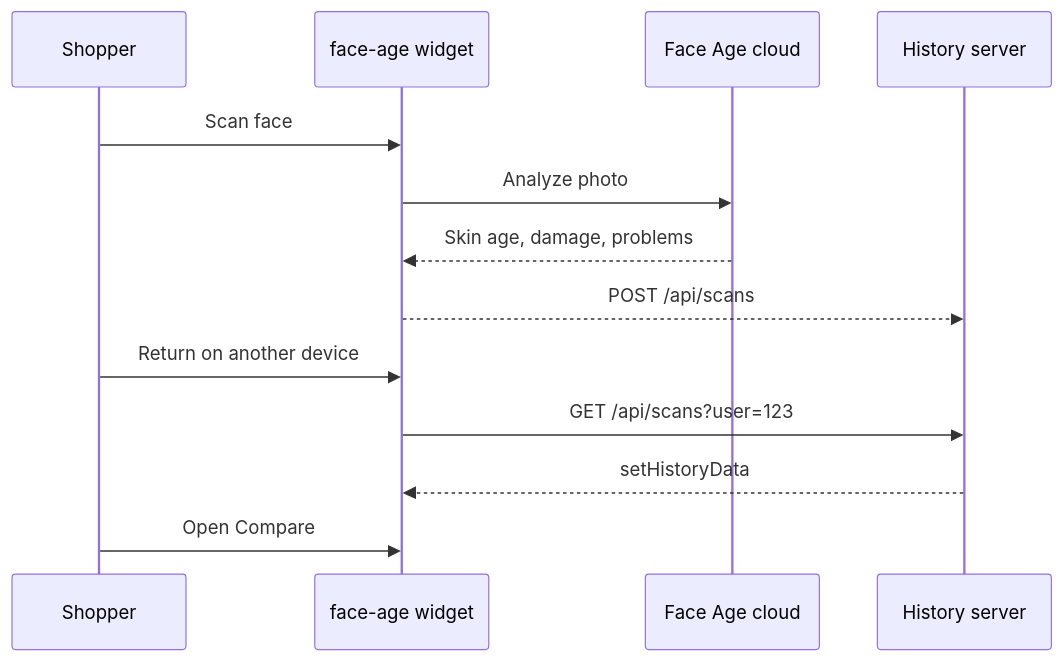
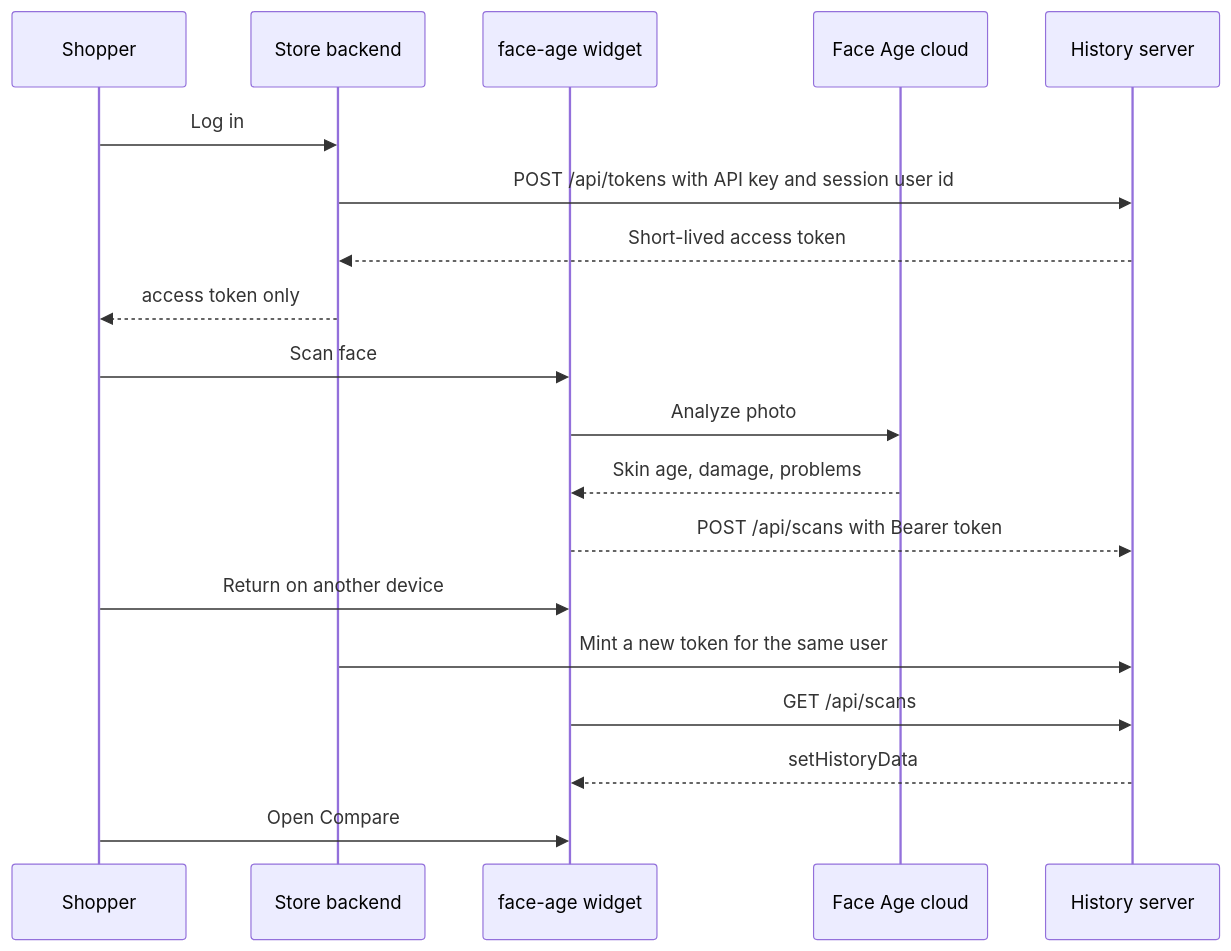
Before and after one commit to miladmostafa/face-age-history-server: the diagram in README.md, drawn with Mermaid. The commit also changed other lines of this file and 14 other files, not shown here.

First line of the commit message:
Keep the API key on the server and scope browser calls to per-user tokens.

````diff
--- a/README.md
+++ b/README.md
@@ -36,15 +36,21 @@
 ```mermaid
 sequenceDiagram
   participant Shopper
+  participant Store as Store backend
   participant Widget as face-age widget
   participant Cloud as Face Age cloud
   participant History as History server
+  Shopper->>Store: Log in
+  Store->>History: POST /api/tokens with API key and session user id
+  History-->>Store: Short-lived access token
+  Store-->>Shopper: access token only
   Shopper->>Widget: Scan face
   Widget->>Cloud: Analyze photo
   Cloud-->>Widget: Skin age, damage, problems
-  Widget-->>History: POST /api/scans
+  Widget-->>History: POST /api/scans with Bearer token
   Shopper->>Widget: Return on another device
-  Widget->>History: GET /api/scans?user=123
+  Store->>History: Mint a new token for the same user
+  Widget->>History: GET /api/scans
   History-->>Widget: setHistoryData
   Shopper->>Widget: Open Compare
 ```
````
